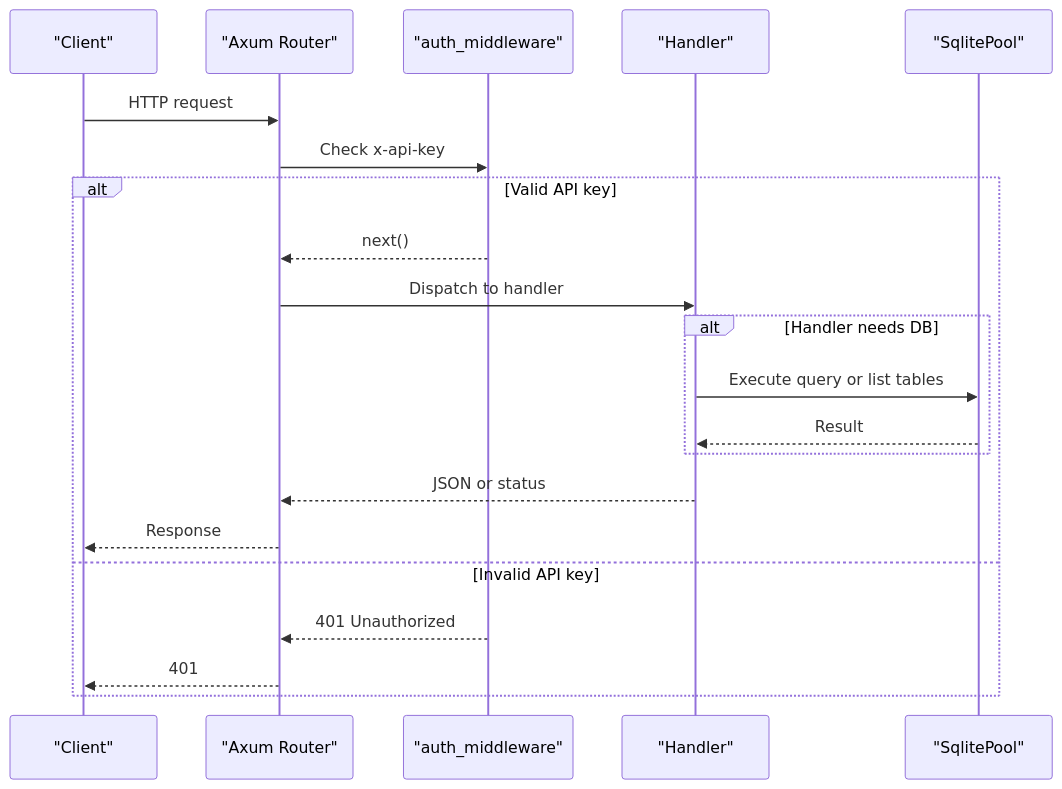
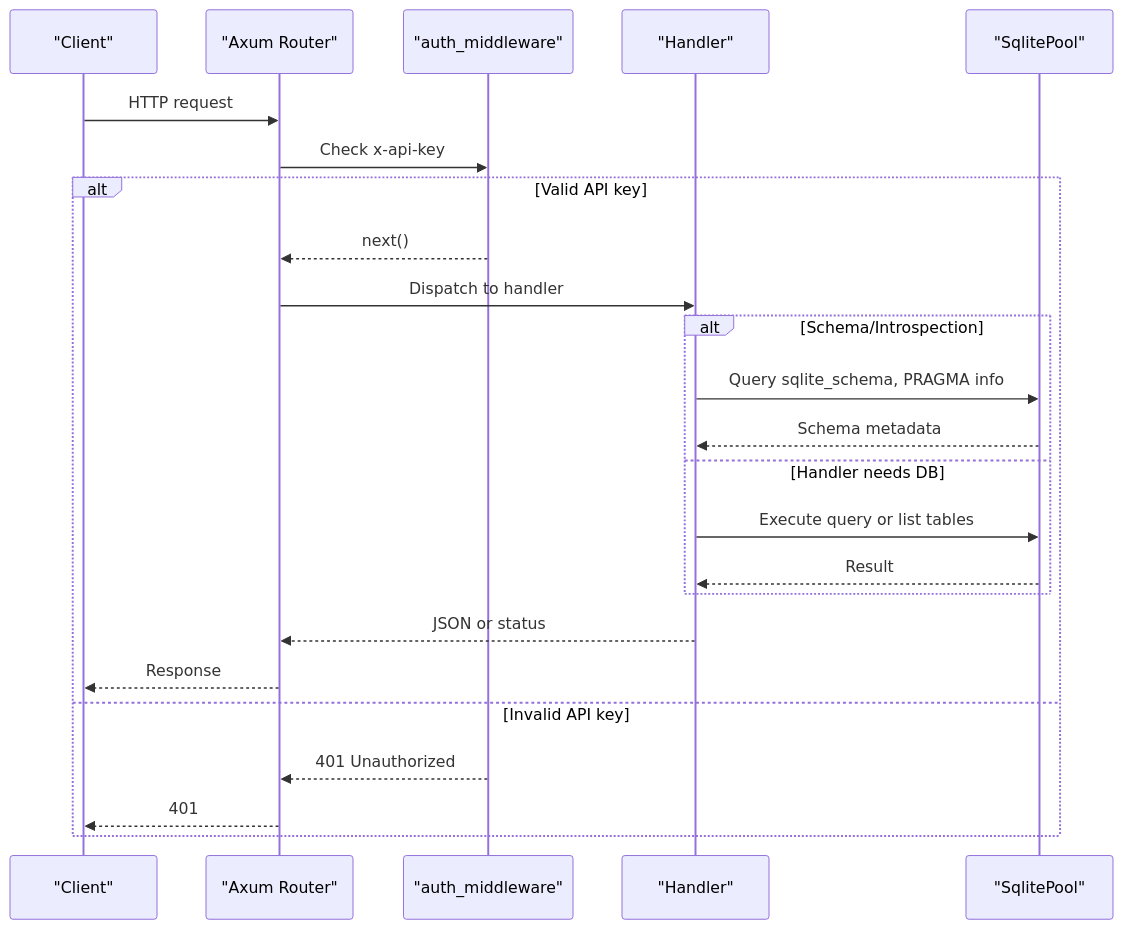
The second of 3 diagrams in .qoder/repowiki/en/content/Backend Development/API Endpoints & Request Handlers.md (sutanto1010/crablite), drawn with Mermaid before and after one commit. The commit also changed other lines of this file and 25 other files, not shown here.

First line of the commit message:
feat(metadata): add comprehensive database schema and internals API endpoints

````diff
--- a/.qoder/repowiki/en/content/Backend Development/API Endpoints & Request Handlers.md
+++ b/.qoder/repowiki/en/content/Backend Development/API Endpoints & Request Handlers.md
@@ -94,23 +110,26 @@
 ```mermaid
 sequenceDiagram
 participant Client as "Client"
 participant Router as "Axum Router"
 participant MW as "auth_middleware"
 participant H as "Handler"
 participant DB as "SqlitePool"
 Client->>Router : HTTP request
 Router->>MW : Check x-api-key
 alt Valid API key
 MW-->>Router : next()
 Router->>H : Dispatch to handler
-alt Handler needs DB
+alt Schema/Introspection
+H->>DB : Query sqlite_schema, PRAGMA info
+DB-->>H : Schema metadata
+else Handler needs DB
 H->>DB : Execute query or list tables
 DB-->>H : Result
 end
 H-->>Router : JSON or status
 Router-->>Client : Response
 else Invalid API key
 MW-->>Router : 401 Unauthorized
 Router-->>Client : 401
 end
 ```
````
